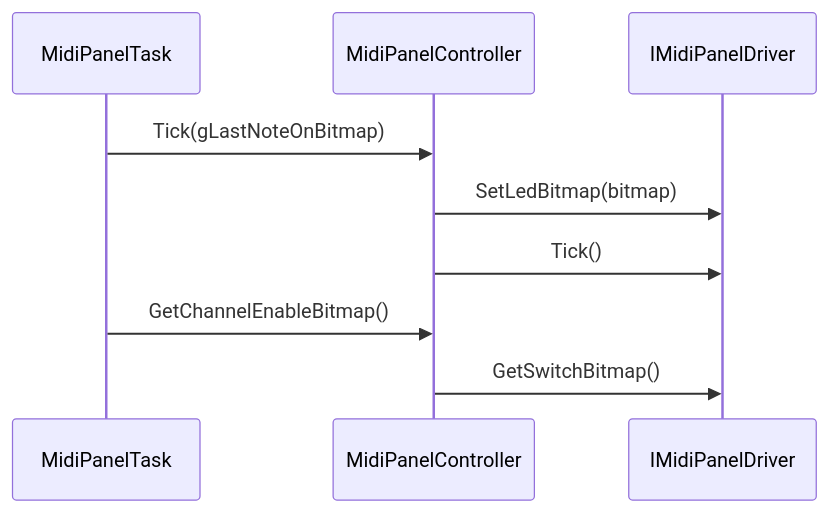
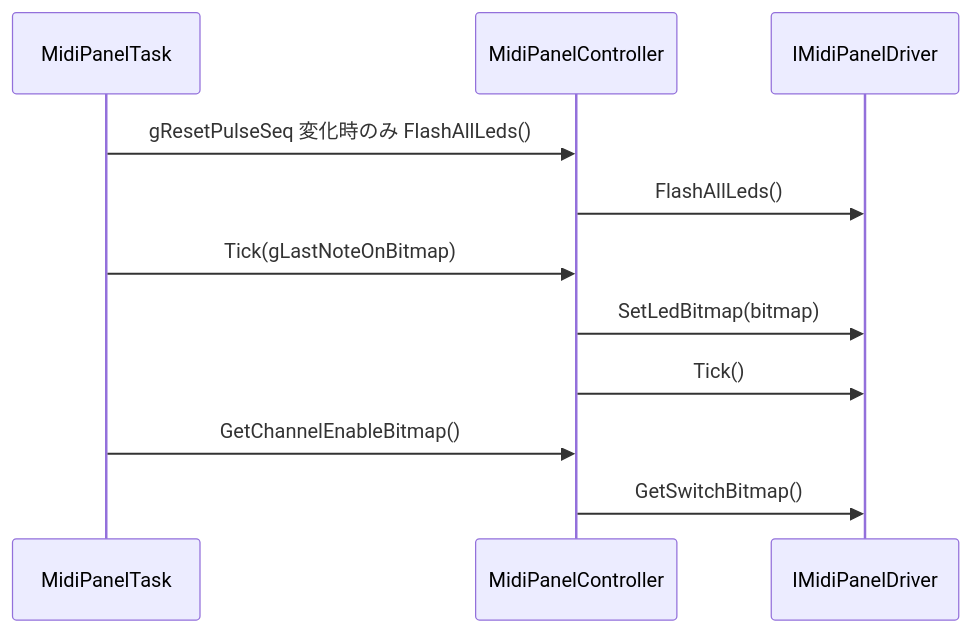
One commit to 46nori/FMSynthEnsembleV3 changed the fourth of 6 diagrams in doc/design_midi_panel.md. Above: the diagram before and after it, drawn with Mermaid. The commit also changed other lines of this file and 11 other files, not shown here.

````diff
--- a/doc/design_midi_panel.md
+++ b/doc/design_midi_panel.md
@@ -298,12 +303,14 @@
 ```mermaid
 sequenceDiagram
     participant Task as MidiPanelTask
     participant Ctrl as MidiPanelController
     participant Drv as IMidiPanelDriver
 
+    Task->>Ctrl: gResetPulseSeq 変化時のみ FlashAllLeds()
+    Ctrl->>Drv: FlashAllLeds()
     Task->>Ctrl: Tick(gLastNoteOnBitmap)
     Ctrl->>Drv: SetLedBitmap(bitmap)
     Ctrl->>Drv: Tick()
     Task->>Ctrl: GetChannelEnableBitmap()
     Ctrl->>Drv: GetSwitchBitmap()
 ```
````
